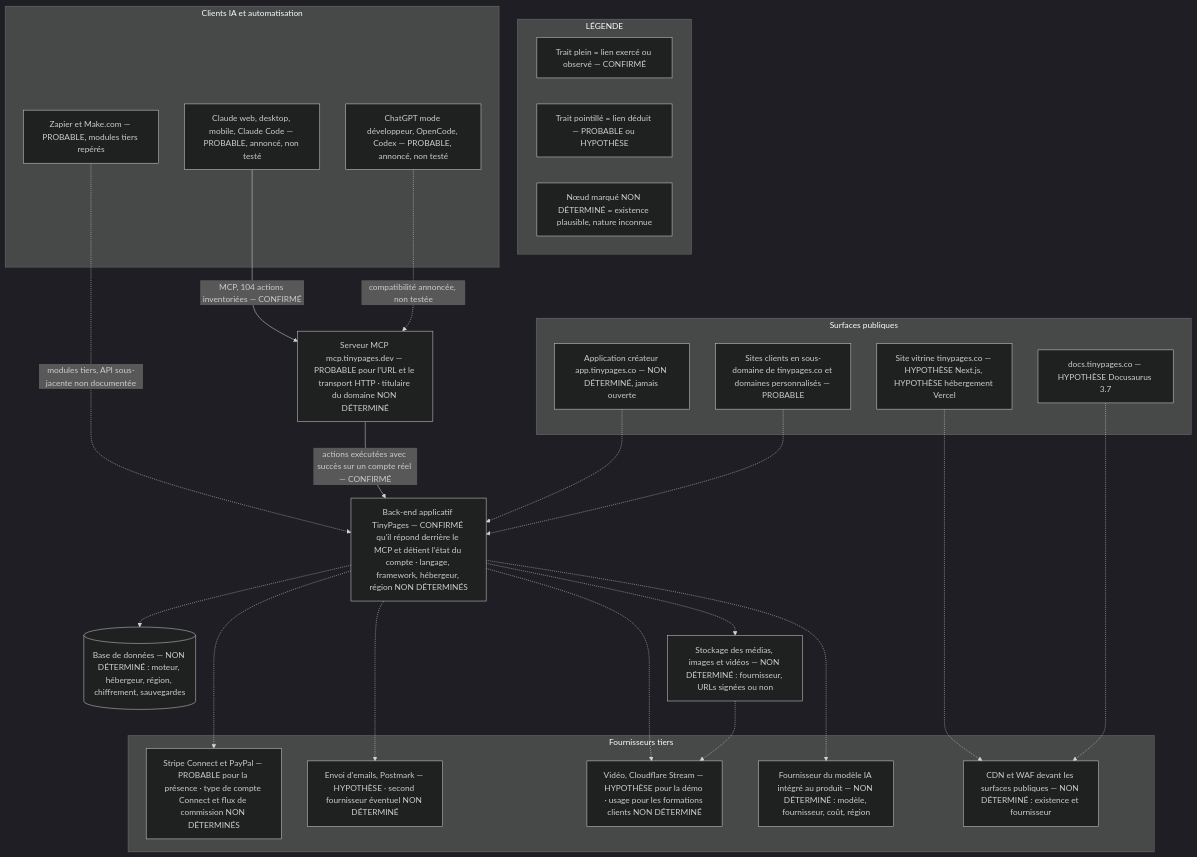
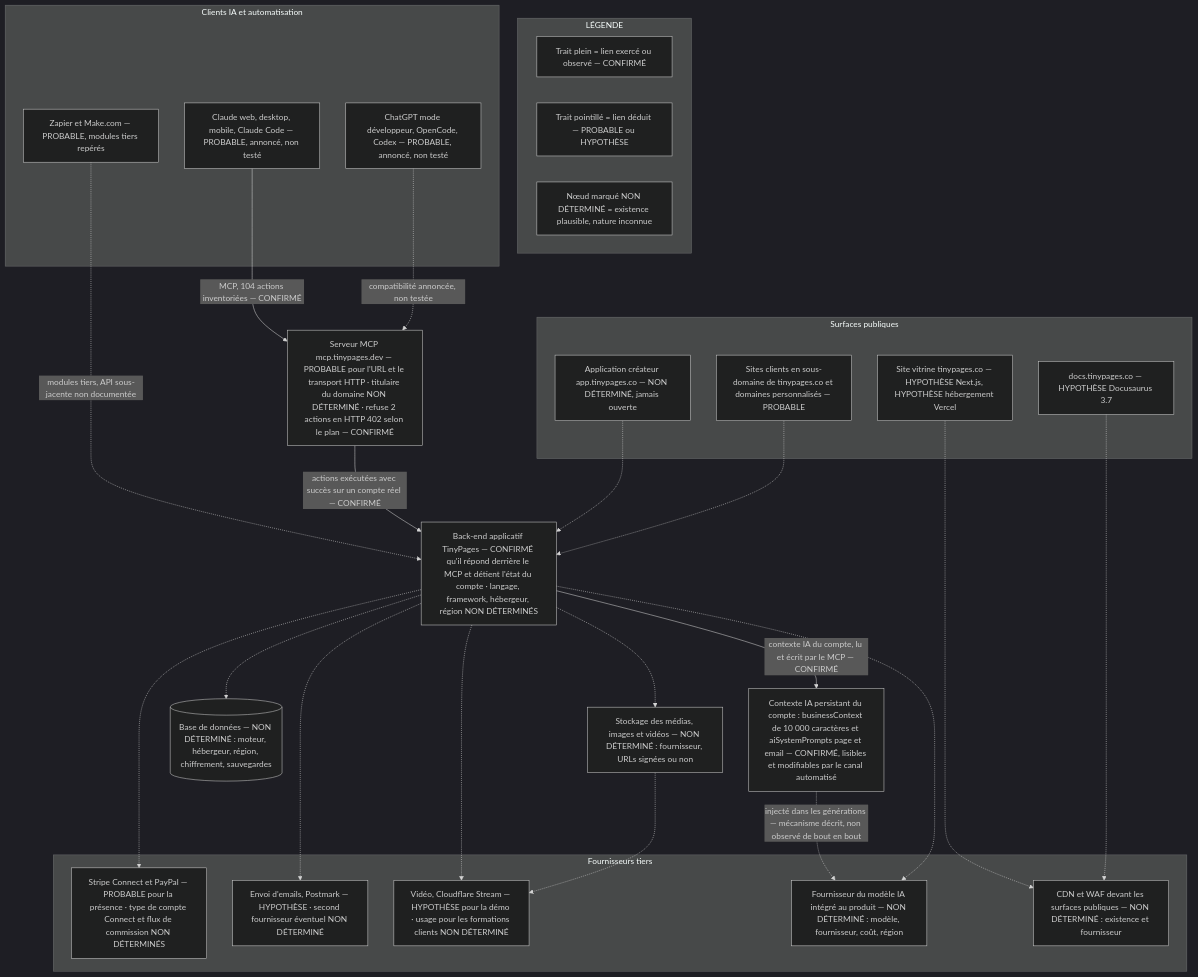
One commit to lahynathan/ais-os changed the diagram in audit/livrables/02_analyse_technique.md. Above: the diagram before and after it, drawn with Mermaid (dark theme). The commit also changed other lines of this file and 4 other files, not shown here.

````diff
--- a/audit/livrables/02_analyse_technique.md
+++ b/audit/livrables/02_analyse_technique.md
@@ -25,52 +27,56 @@
 ```mermaid
 flowchart TB
     subgraph LEG["LÉGENDE"]
         LG1["Trait plein = lien exercé ou observé — CONFIRMÉ"]
         LG2["Trait pointillé = lien déduit — PROBABLE ou HYPOTHÈSE"]
         LG3["Nœud marqué NON DÉTERMINÉ = existence plausible, nature inconnue"]
     end
 
     subgraph CLI["Clients IA et automatisation"]
         CLA["Claude web, desktop, mobile, Claude Code — PROBABLE, annoncé, non testé"]
         AUT["ChatGPT mode développeur, OpenCode, Codex — PROBABLE, annoncé, non testé"]
         ZAP["Zapier et Make.com — PROBABLE, modules tiers repérés"]
     end
 
     subgraph EDGE["Surfaces publiques"]
         SITE["Site vitrine tinypages.co — HYPOTHÈSE Next.js, HYPOTHÈSE hébergement Vercel"]
         DOCS["docs.tinypages.co — HYPOTHÈSE Docusaurus 3.7"]
         APP["Application créateur app.tinypages.co — NON DÉTERMINÉ, jamais ouverte"]
         TEN["Sites clients en sous-domaine de tinypages.co et domaines personnalisés — PROBABLE"]
     end
 
-    MCPS["Serveur MCP mcp.tinypages.dev — PROBABLE pour l'URL et le transport HTTP · titulaire du domaine NON DÉTERMINÉ"]
+    MCPS["Serveur MCP mcp.tinypages.dev — PROBABLE pour l'URL et le transport HTTP · titulaire du domaine NON DÉTERMINÉ · refuse 2 actions en HTTP 402 selon le plan — CONFIRMÉ"]
 
     BACK["Back-end applicatif TinyPages — CONFIRMÉ qu'il répond derrière le MCP et détient l'état du compte · langage, framework, hébergeur, région NON DÉTERMINÉS"]
+
+    CTX["Contexte IA persistant du compte : businessContext de 10 000 caractères et aiSystemPrompts page et email — CONFIRMÉ, lisibles et modifiables par le canal automatisé"]
 
     DB[("Base de données — NON DÉTERMINÉ : moteur, hébergeur, région, chiffrement, sauvegardes")]
     OBJ["Stockage des médias, images et vidéos — NON DÉTERMINÉ : fournisseur, URLs signées ou non"]
 
     subgraph EXT["Fournisseurs tiers"]
         PAY["Stripe Connect et PayPal — PROBABLE pour la présence · type de compte Connect et flux de commission NON DÉTERMINÉS"]
         MAIL["Envoi d'emails, Postmark — HYPOTHÈSE · second fournisseur éventuel NON DÉTERMINÉ"]
         VID["Vidéo, Cloudflare Stream — HYPOTHÈSE pour la démo · usage pour les formations clients NON DÉTERMINÉ"]
         LLM["Fournisseur du modèle IA intégré au produit — NON DÉTERMINÉ : modèle, fournisseur, coût, région"]
         CDN["CDN et WAF devant les surfaces publiques — NON DÉTERMINÉ : existence et fournisseur"]
     end
 
     CLA -->|"MCP, 104 actions inventoriées — CONFIRMÉ"| MCPS
     AUT -.->|"compatibilité annoncée, non testée"| MCPS
     ZAP -.->|"modules tiers, API sous-jacente non documentée"| BACK
     MCPS -->|"actions exécutées avec succès sur un compte réel — CONFIRMÉ"| BACK
+    BACK -->|"contexte IA du compte, lu et écrit par le MCP — CONFIRMÉ"| CTX
+    CTX -.->|"injecté dans les générations — mécanisme décrit, non observé de bout en bout"| LLM
     SITE -.-> CDN
     APP -.-> BACK
     TEN -.-> BACK
     DOCS -.-> CDN
     BACK -.-> DB
     BACK -.-> OBJ
     BACK -.-> PAY
     BACK -.-> MAIL
     BACK -.-> VID
     BACK -.-> LLM
     OBJ -.-> VID
 ```
````
